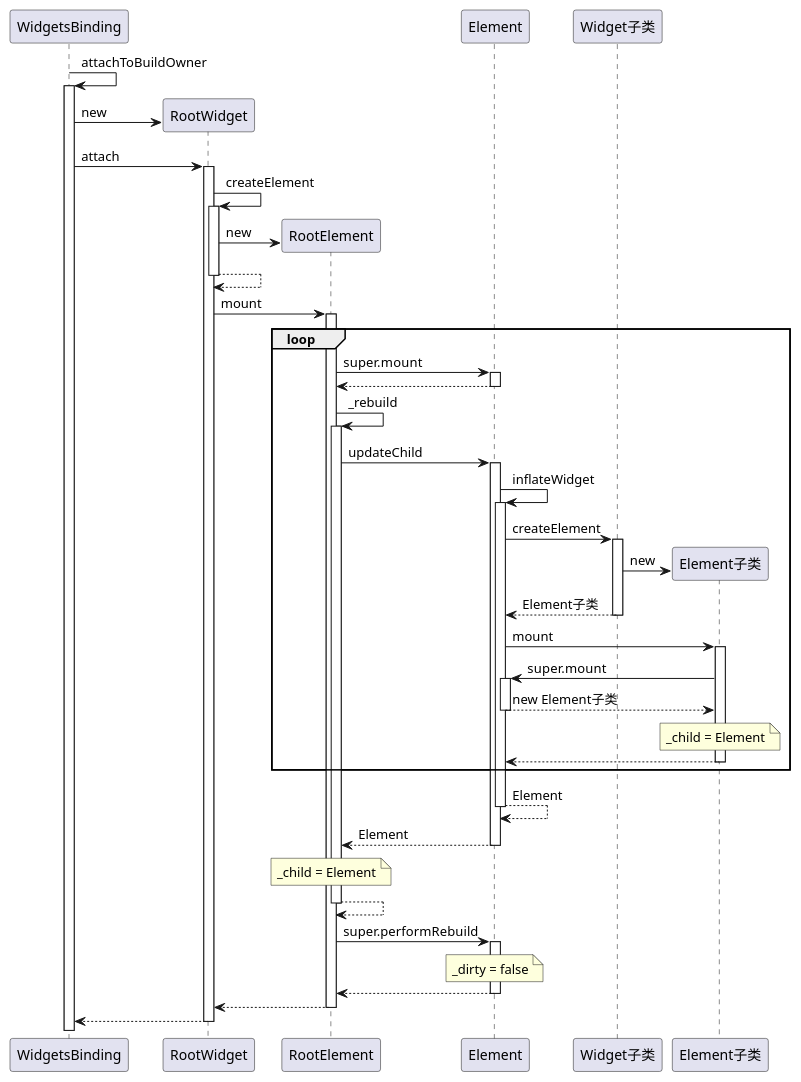
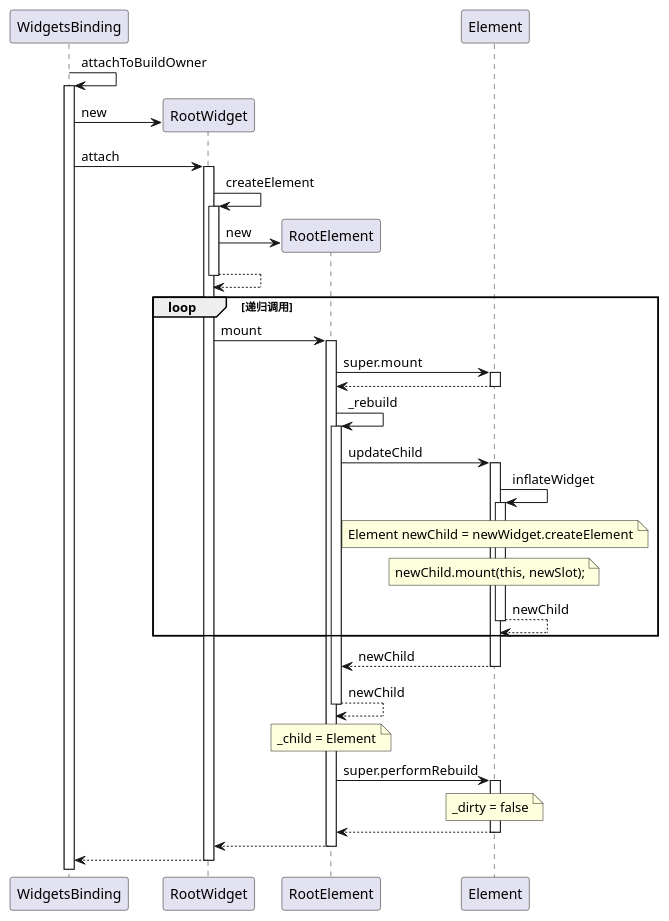
One commit to Zivwu/uml changed the diagram in flutter/run_app_seq.puml. Above: the diagram before and after it, drawn with PlantUML.

Commit message:
[flutter] update

```diff
--- a/flutter/run_app_seq.puml
+++ b/flutter/run_app_seq.puml
@@ -1,45 +1,37 @@
 @startuml
 !pragma layout smetana
 
 participant WidgetsBinding
 
 
 WidgetsBinding -> WidgetsBinding ++:attachToBuildOwner
 create  RootWidget
 WidgetsBinding -> RootWidget :new
 WidgetsBinding -> RootWidget ++:attach
 RootWidget -> RootWidget ++: createElement
 create  RootElement
 RootWidget -> RootElement : new
 return
+loop 递归调用
 RootWidget -> RootElement ++:mount
-loop
 
 RootElement -> Element ++: super.mount
 return
 RootElement -> RootElement ++ :_rebuild
 RootElement -> Element  ++ :updateChild
 Element -> Element  ++ :inflateWidget
 
+note over Element :  Element newChild = newWidget.createElement
+note over Element :   newChild.mount(this, newSlot);
 
-Element -> Widget子类  ++ :createElement
-create Element子类
-Widget子类 -> Element子类 :new
-return Element子类
-
-Element -> Element子类 ++ :mount
-Element子类 -> Element  ++:super.mount
-return new Element子类
-note over Element子类: _child = Element
-return
+return newChild
 end
-return Element
-return Element
+return newChild
+return newChild
 note over RootElement: _child = Element
-return
 RootElement -> Element ++:super.performRebuild
 note over Element: _dirty = false
 return
 return
 return
 @enduml
```
